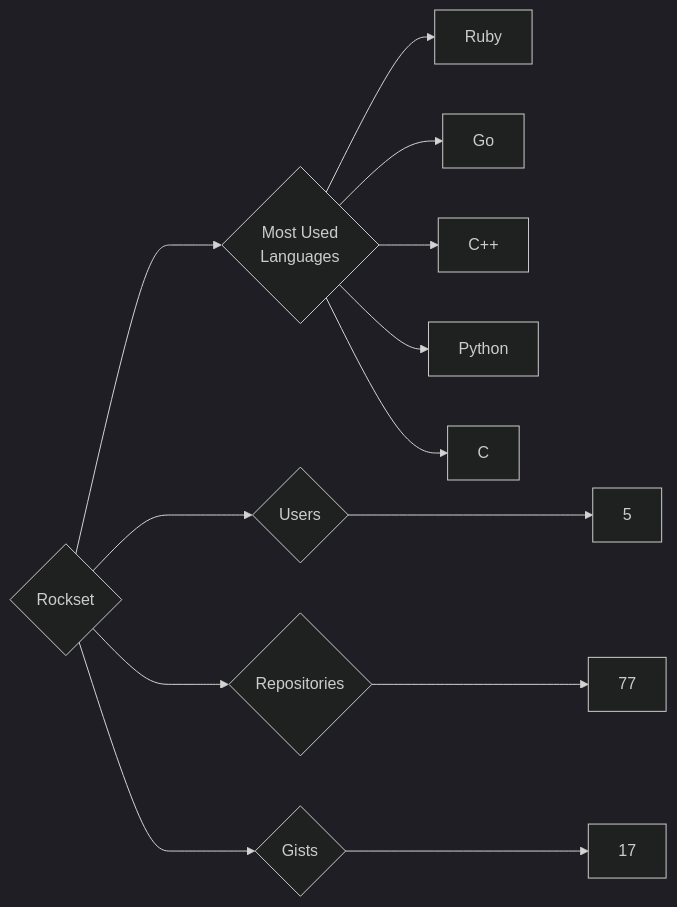
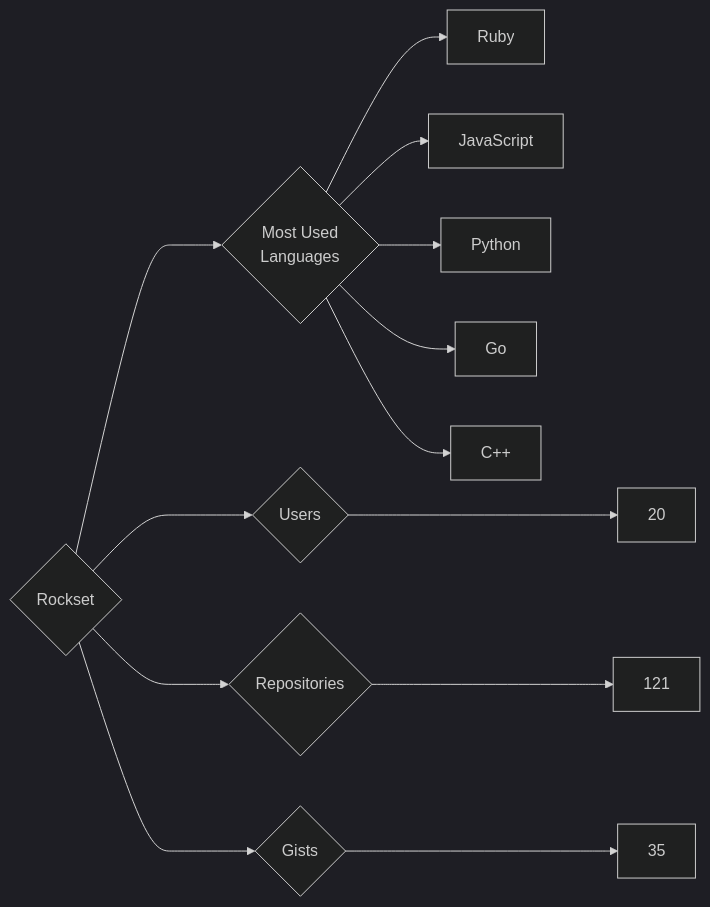
The diagram in targets/Rockset/README.md (trickest/insiders), drawn with Mermaid (dark theme) before and after one commit. The commit also changed 1011 other files, not shown here.

````diff
--- a/targets/Rockset/README.md
+++ b/targets/Rockset/README.md
@@ -3,13 +3,13 @@
 ```mermaid
 graph LR
 COMPANY_NAME{Rockset}
-COMPANY_NAME ---> U{Users} ---> UN[5]
-COMPANY_NAME ---> R{Repositories} ---> RN[77]
-COMPANY_NAME ---> G{Gists} ---> GN[17]
+COMPANY_NAME ---> U{Users} ---> UN[20]
+COMPANY_NAME ---> R{Repositories} ---> RN[121]
+COMPANY_NAME ---> G{Gists} ---> GN[35]
 COMPANY_NAME ---> ML{Most Used<br>Languages}
 ML --> Ruby[Ruby]
+ML --> JavaScript[JavaScript]
+ML --> Python[Python]
 ML --> Go[Go]
 ML --> C++[C++]
-ML --> Python[Python]
-ML --> C[C]
 ```
````
